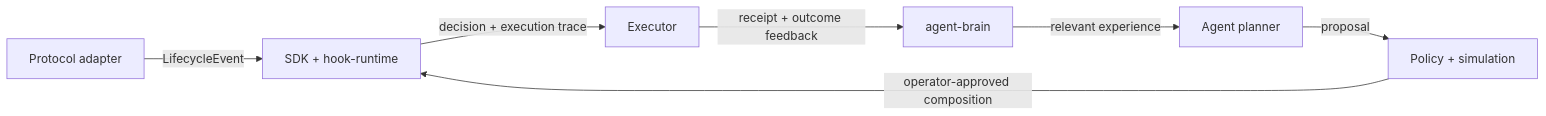
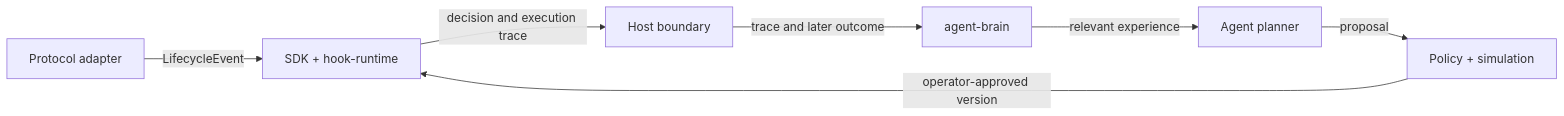
The diagram in README.md (lewodro/agent-hooks), drawn with Mermaid before and after one commit. The commit also changed other lines of this file, not shown here.

Commit message:
docs: describe hook execution and prototype boundaries

````diff
--- a/README.md
+++ b/README.md
@@ -9,9 +9,9 @@
 ```mermaid
 flowchart LR
     A[Protocol adapter] -->|LifecycleEvent| B[SDK + hook-runtime]
-    B -->|decision + execution trace| C[Executor]
-    C -->|receipt + outcome feedback| D[agent-brain]
+    B -->|decision and execution trace| C[Host boundary]
+    C -->|trace and later outcome| D[agent-brain]
     D -->|relevant experience| E[Agent planner]
     E -->|proposal| F[Policy + simulation]
-    F -->|operator-approved composition| B
+    F -->|operator-approved version| B
 ```
````
